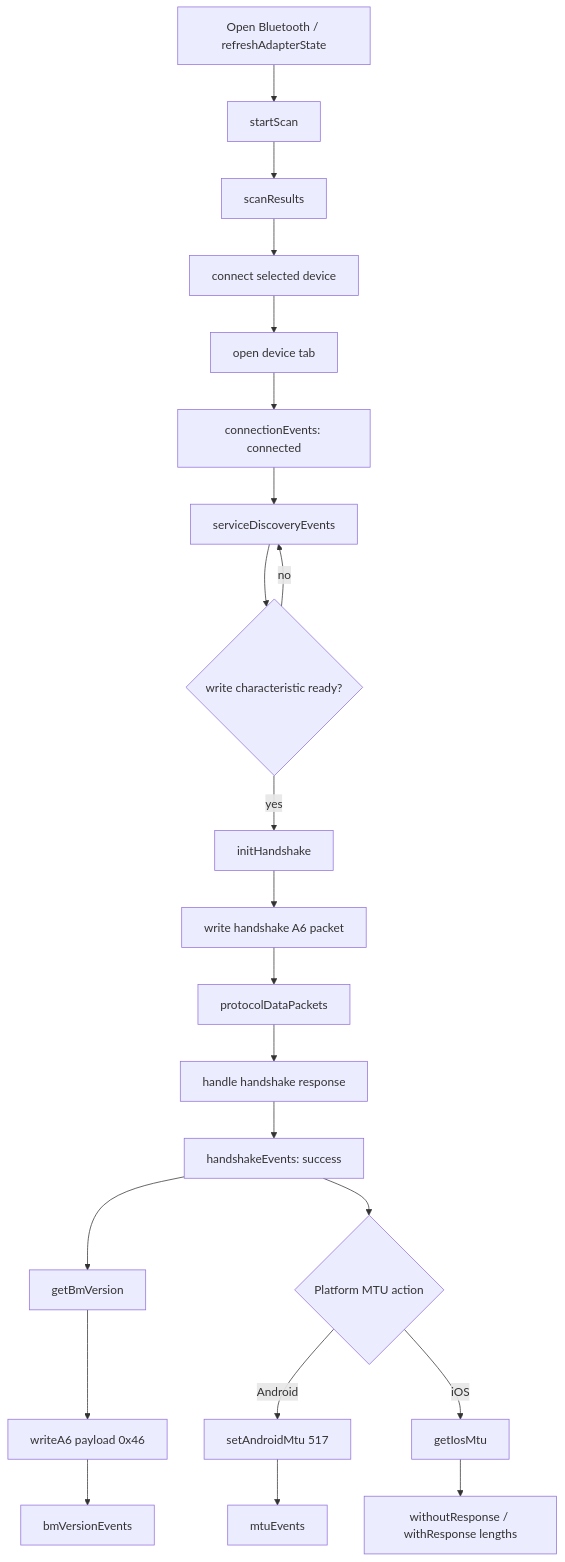
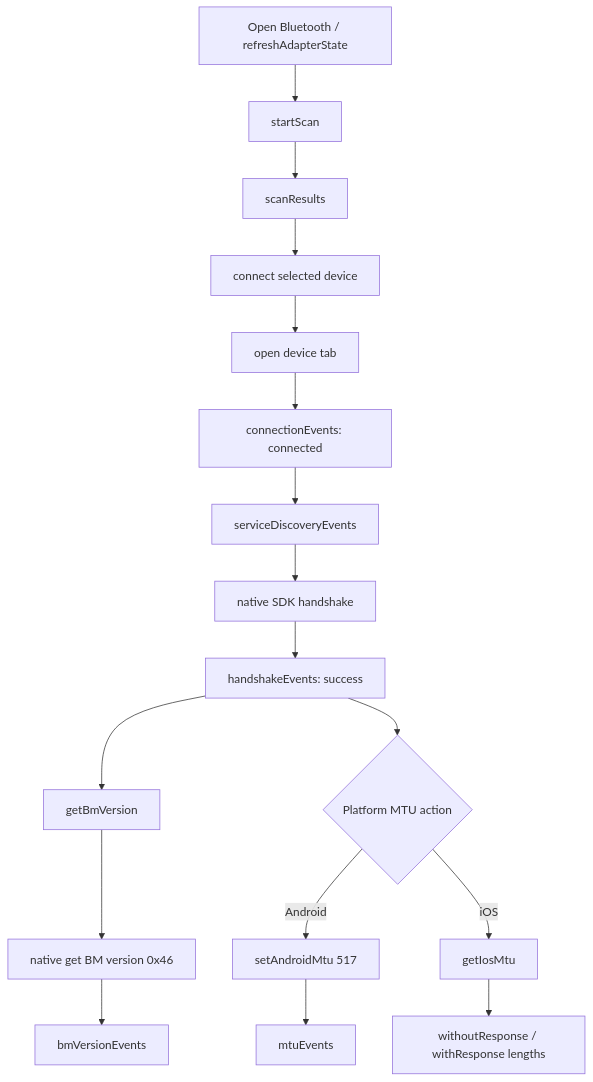
Before and after one commit to elinkthings/flutter_elink_ble: the diagram in README.md, drawn with Mermaid. The commit also changed other lines of this file and 16 other files, not shown here.

````diff
--- a/README.md
+++ b/README.md
@@ -136,24 +136,19 @@
 ```mermaid
 flowchart TD
   A[Open Bluetooth / refreshAdapterState] --> B[startScan]
   B --> C[scanResults]
   C --> D[connect selected device]
   D --> E[open device tab]
   E --> F[connectionEvents: connected]
   F --> G[serviceDiscoveryEvents]
-  G --> H{write characteristic ready?}
-  H -- no --> G
-  H -- yes --> I[initHandshake]
-  I --> J[write handshake A6 packet]
-  J --> K[protocolDataPackets]
-  K --> L[handle handshake response]
-  L --> M[handshakeEvents: success]
-  M --> N[getBmVersion]
-  N --> O[writeA6 payload 0x46]
-  O --> P[bmVersionEvents]
-  M --> Q{Platform MTU action}
-  Q -- Android --> R[setAndroidMtu 517]
-  R --> S[mtuEvents]
-  Q -- iOS --> T[getIosMtu]
-  T --> U[withoutResponse / withResponse lengths]
+  G --> H[native SDK handshake]
+  H --> I[handshakeEvents: success]
+  I --> J[getBmVersion]
+  J --> K[native get BM version 0x46]
+  K --> L[bmVersionEvents]
+  I --> M{Platform MTU action}
+  M -- Android --> N[setAndroidMtu 517]
+  N --> O[mtuEvents]
+  M -- iOS --> P[getIosMtu]
+  P --> Q[withoutResponse / withResponse lengths]
 ```
````
